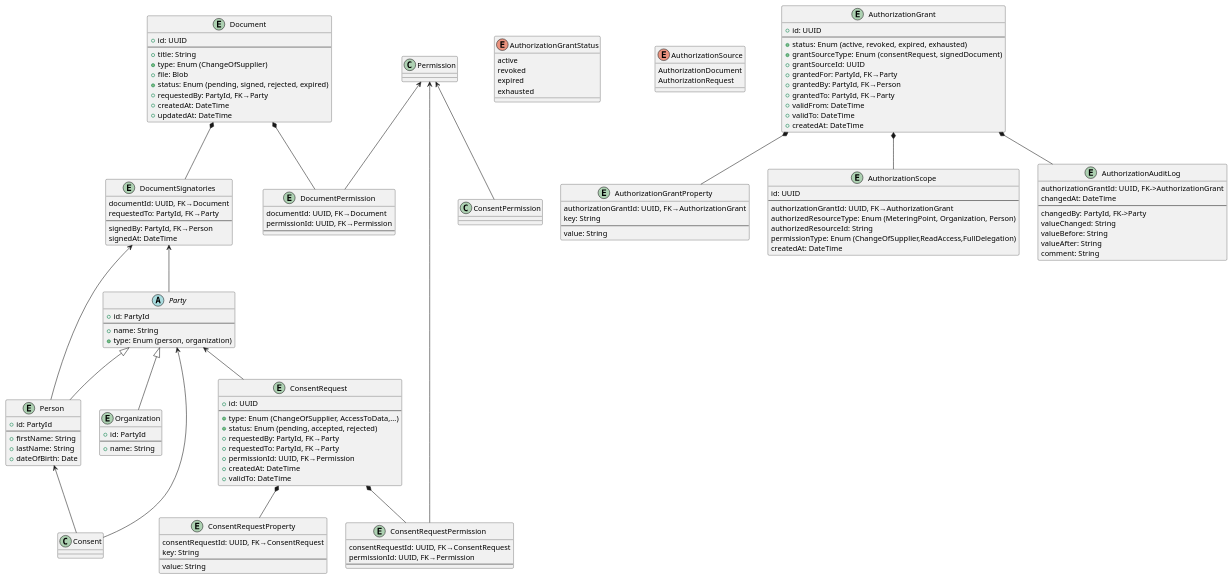
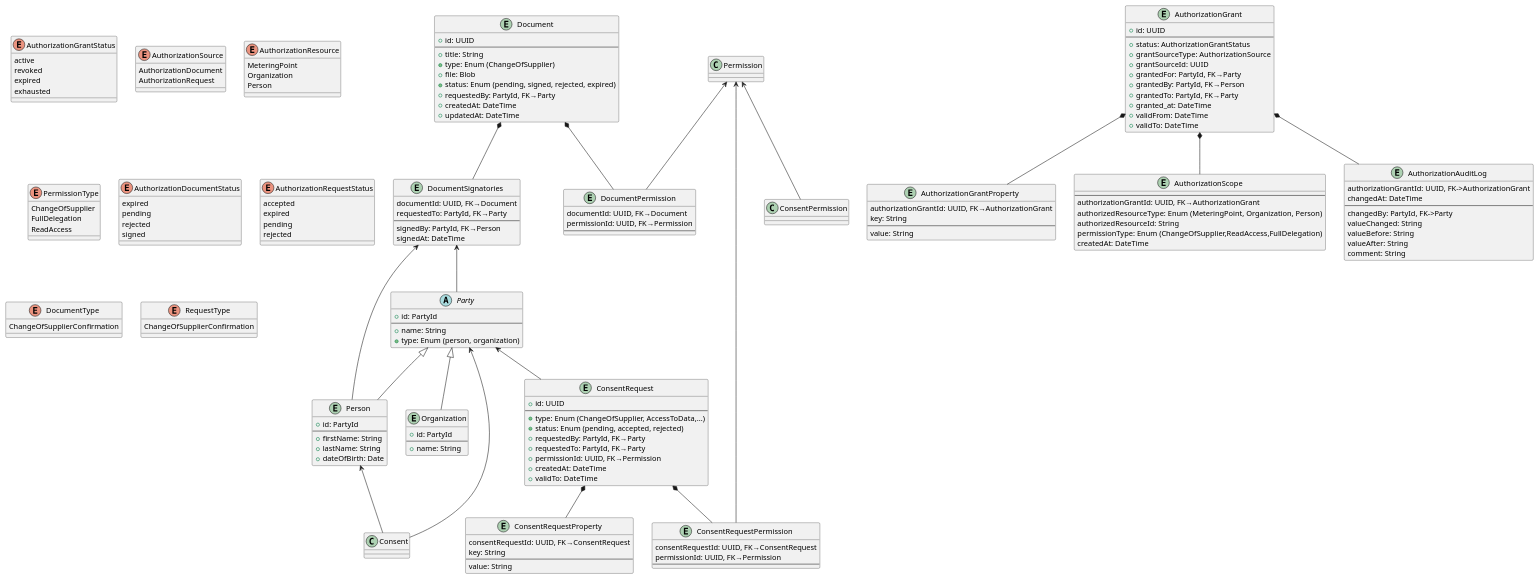
The diagram in docs/datamodel/datamodel.plantuml (elhub/auth-grant-manager), drawn with PlantUML before and after one commit. The commit also changed 7 other files, not shown here.

```diff
--- a/docs/datamodel/datamodel.plantuml
+++ b/docs/datamodel/datamodel.plantuml
@@ -1,158 +1,187 @@
 @startuml datamodel
 
 ' The PartyId is a type that is used to identify a party
 ' It can be an elhub user Id or a GLN. It is a string because it can be a UUID or a GLN-number
 ' type PartyId = String
 
 abstract Party {
   + id: PartyId
   --
   + name: String
   + type: Enum (person, organization)
 }
 
 entity Person {
   + id: PartyId
   --
   + firstName: String
   + lastName: String
   + dateOfBirth: Date
 }
 
 entity Organization {
   + id: PartyId
   --
   + name: String
 }
 
 enum AuthorizationGrantStatus {
   active
   revoked
   expired
   exhausted
 }
 
 enum AuthorizationSource {
   AuthorizationDocument
   AuthorizationRequest
 }
 
+enum AuthorizationResource {
+  MeteringPoint
+  Organization
+  Person
+}
 
+enum PermissionType {
+  ChangeOfSupplier
+  FullDelegation
+  ReadAccess
+}
 
+enum AuthorizationDocumentStatus {
+  expired
+  pending
+  rejected
+  signed
+}
 
+enum AuthorizationRequestStatus {
+  accepted
+  expired
+  pending
+  rejected
+}
+
+enum DocumentType {
+  ChangeOfSupplierConfirmation
+}
+
+enum RequestType {
+  ChangeOfSupplierConfirmation
+}
 
 entity AuthorizationGrant {
   + id: UUID
   --
-  + status: Enum (active, revoked, expired, exhausted)
-  + grantSourceType: Enum (consentRequest, signedDocument)
+  + status: AuthorizationGrantStatus
+  + grantSourceType: AuthorizationSource
   + grantSourceId: UUID
   + grantedFor: PartyId, FK→Party
   + grantedBy: PartyId, FK→Person
   + grantedTo: PartyId, FK→Party
+  + granted_at: DateTime
   + validFrom: DateTime
   + validTo: DateTime
-  + createdAt: DateTime
 }
 
 ' Used to store metadata related to the AuthorizationGrant
 entity AuthorizationGrantProperty {
   authorizationGrantId: UUID, FK→AuthorizationGrant
   key: String
   --
   value: String
 }
 
 entity AuthorizationScope {
-  id: UUID
   --
   authorizationGrantId: UUID, FK→AuthorizationGrant
   authorizedResourceType: Enum (MeteringPoint, Organization, Person)
   authorizedResourceId: String
   permissionType: Enum (ChangeOfSupplier,ReadAccess,FullDelegation)
   createdAt: DateTime
 }
 
 entity AuthorizationAuditLog {
   authorizationGrantId: UUID, FK->AuthorizationGrant
   changedAt: DateTime
   --
   changedBy: PartyId, FK->Party
   valueChanged: String
   valueBefore: String
   valueAfter: String
   comment: String
 }
 
 entity ConsentRequest {
   + id: UUID
   --
   + type: Enum (ChangeOfSupplier, AccessToData,...)
   + status: Enum (pending, accepted, rejected)
   + requestedBy: PartyId, FK→Party
   + requestedTo: PartyId, FK→Party
   + permissionId: UUID, FK→Permission
   + createdAt: DateTime
   + validTo: DateTime
 }
 
 entity ConsentRequestProperty {
   consentRequestId: UUID, FK→ConsentRequest
   key: String
   --
   value: String
 }
 
 entity ConsentRequestPermission {
   consentRequestId: UUID, FK→ConsentRequest
   permissionId: UUID, FK→Permission
   --
 }
 
 ' PDF's can contain metadata. Should we store properties in the PDF?
 entity Document {
   + id: UUID
   --
   + title: String
   + type: Enum (ChangeOfSupplier)
   + file: Blob
   + status: Enum (pending, signed, rejected, expired)
   + requestedBy: PartyId, FK→Party
   + createdAt: DateTime
   + updatedAt: DateTime
 }
 
 entity DocumentPermission {
   documentId: UUID, FK→Document
   permissionId: UUID, FK→Permission
   --
 }
 
 entity DocumentSignatories {
   documentId: UUID, FK→Document
   requestedTo: PartyId, FK→Party
   --
   signedBy: PartyId, FK→Person
   signedAt: DateTime
 }
 
 ' Relationships
 Party <|-- Person
 Party <|-- Organization
 AuthorizationGrant *-- AuthorizationGrantProperty
 AuthorizationGrant *-- AuthorizationScope
 AuthorizationGrant *-- AuthorizationAuditLog
 Permission <-- ConsentPermission
 ConsentRequest *-- ConsentRequestPermission
 ConsentRequest *-- ConsentRequestProperty
 Permission <-- ConsentRequestPermission
 Document *-- DocumentPermission
 Permission <-- DocumentPermission
 Document *-- DocumentSignatories
 DocumentSignatories <-- Party
 DocumentSignatories <-- Person
 Party <-- Consent
 Person <-- Consent
 Party <-- ConsentRequest
 
 @enduml
```
